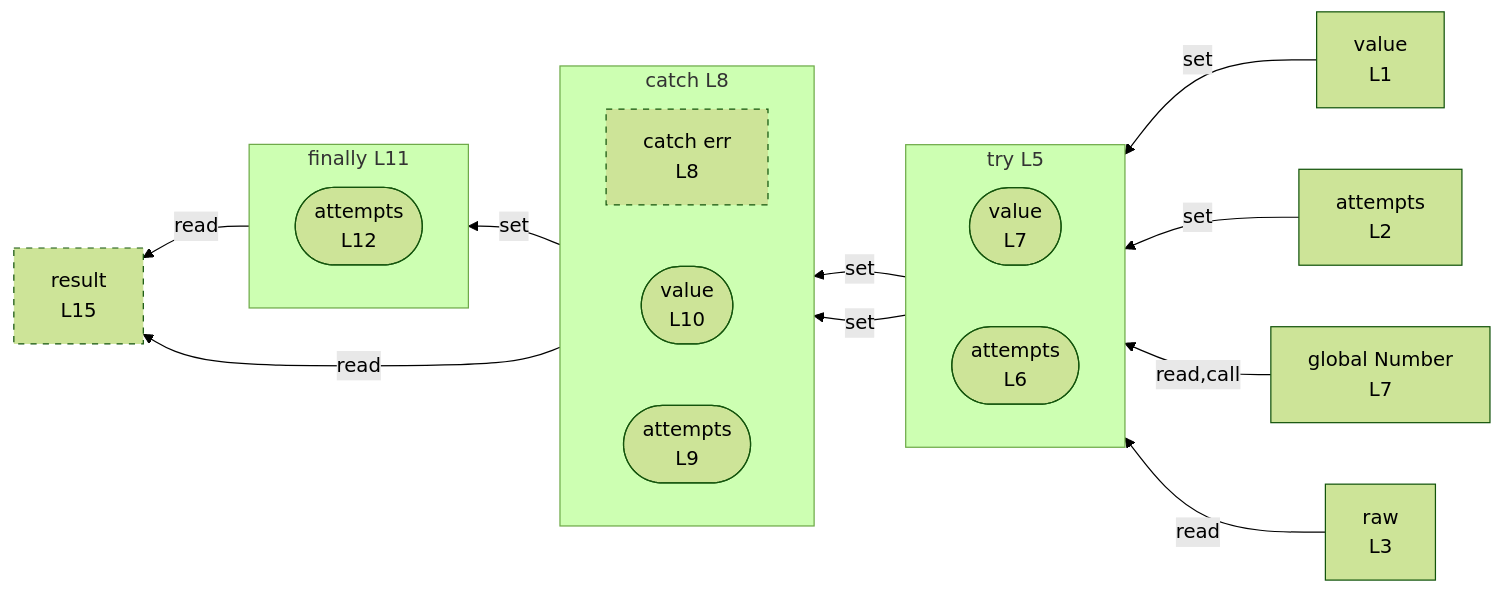
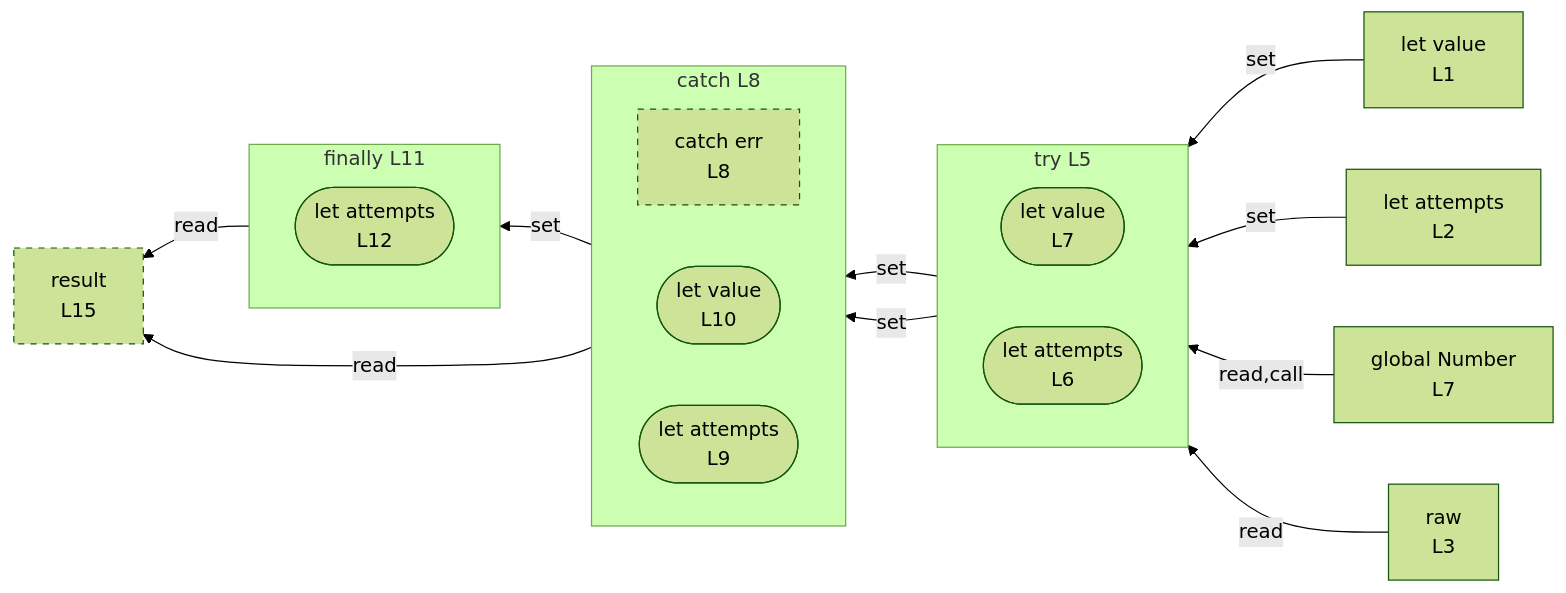
One commit to crescware/unsnarl changed the diagram in integration/fixtures/control-try/preview.md. Above: the diagram before and after it, drawn with Mermaid (forest theme). The commit also changed 31 other files, not shown here.

First line of the commit message:
feat(mermaid): always prefix let-bound variables with "let"

````diff
--- a/integration/fixtures/control-try/preview.md
+++ b/integration/fixtures/control-try/preview.md
@@ -25,35 +25,35 @@
 ```mermaid
 flowchart RL
-  n_scope_0_value_4["value<br/>L1"]
-  n_scope_0_attempts_19["attempts<br/>L2"]
+  n_scope_0_value_4["let value<br/>L1"]
+  n_scope_0_attempts_19["let attempts<br/>L2"]
   n_scope_0_raw_39["raw<br/>L3"]
   n_scope_0_result_182["result<br/>L15"]
   n_scope_0_Number_84["global Number<br/>L7"]
   subgraph s_scope_1["try L5"]
     direction RL
-    wr_ref_1(["value<br/>L7"])
-    wr_ref_0(["attempts<br/>L6"])
+    wr_ref_1(["let value<br/>L7"])
+    wr_ref_0(["let attempts<br/>L6"])
   end
   subgraph s_scope_2["catch L8"]
     direction RL
     n_scope_2_err_106["catch err<br/>L8"]
-    wr_ref_5(["value<br/>L10"])
-    wr_ref_4(["attempts<br/>L9"])
+    wr_ref_5(["let value<br/>L10"])
+    wr_ref_4(["let attempts<br/>L9"])
   end
   subgraph s_scope_3["finally L11"]
     direction RL
-    wr_ref_6(["attempts<br/>L12"])
+    wr_ref_6(["let attempts<br/>L12"])
   end
   n_scope_0_value_4 -->|set| wr_ref_1
   wr_ref_1 -->|set| wr_ref_5
   n_scope_0_attempts_19 -->|set| wr_ref_0
   wr_ref_0 -->|set| wr_ref_4
   wr_ref_4 -->|set| wr_ref_6
   n_scope_0_Number_84 -->|read,call| wr_ref_1
   n_scope_0_raw_39 -->|read| wr_ref_1
   wr_ref_5 -->|read| n_scope_0_result_182
   wr_ref_6 -->|read| n_scope_0_result_182
   classDef unused stroke-dasharray: 5 5;
   class n_scope_0_result_182 unused;
   class n_scope_2_err_106 unused;
 ```
````
